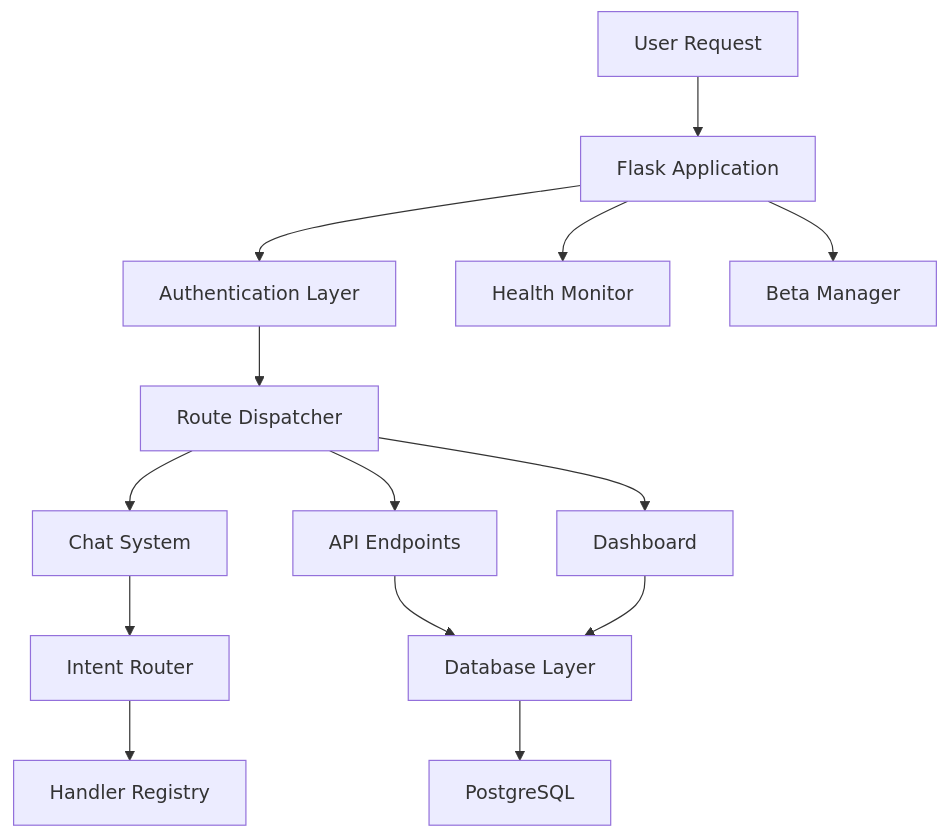
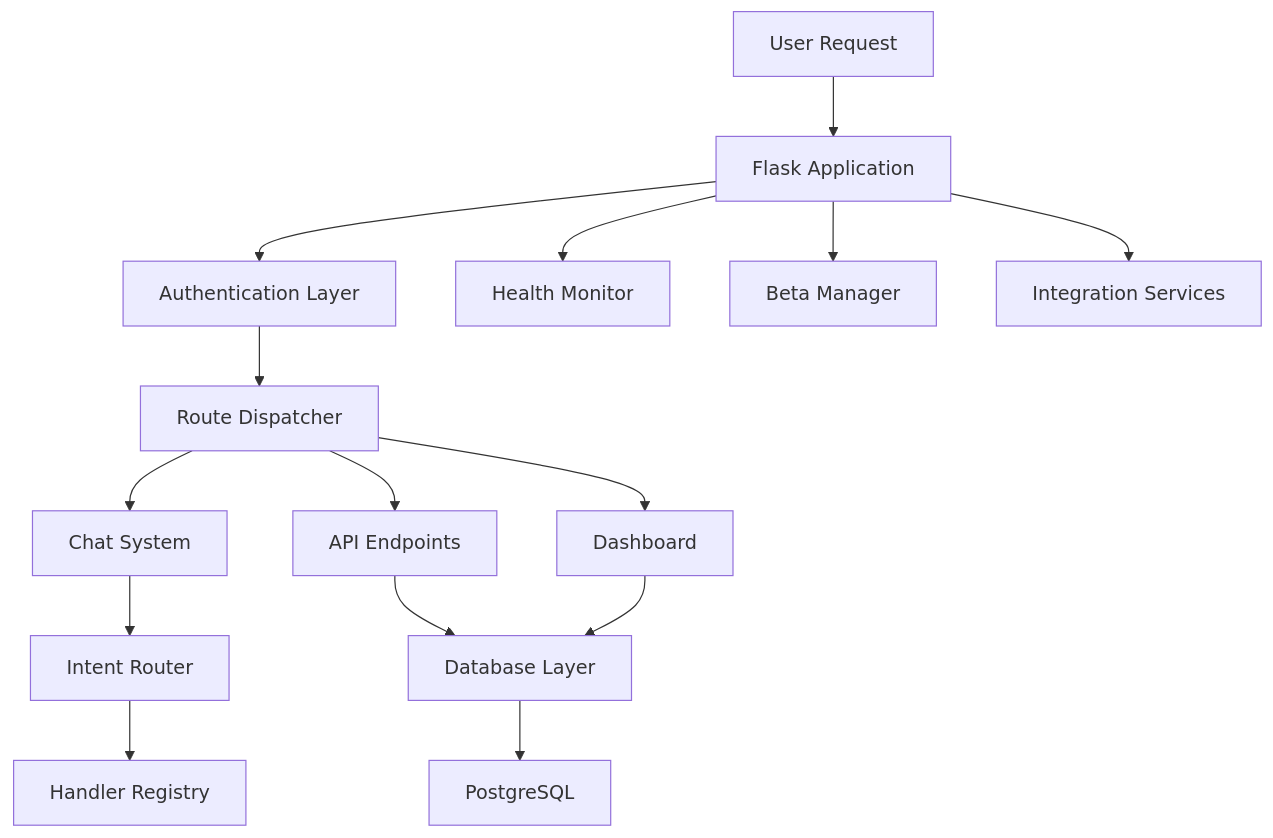
One commit to ntoledo319/NousIntelligence changed the first of 2 diagrams in docs/executive_board_report_2025-06-27.md. Above: the diagram before and after it, drawn with Mermaid. The commit also changed other lines of this file and 3 other files, not shown here.

````diff
--- a/docs/executive_board_report_2025-06-27.md
+++ b/docs/executive_board_report_2025-06-27.md
@@ -85,16 +407,17 @@
 ```mermaid
 graph TB
     A[User Request] --> B[Flask Application]
     B --> C[Authentication Layer]
     C --> D[Route Dispatcher]
     D --> E[Chat System]
     D --> F[API Endpoints]
     D --> G[Dashboard]
     E --> H[Intent Router]
     H --> I[Handler Registry]
     F --> J[Database Layer]
     G --> J
     J --> K[PostgreSQL]
     B --> L[Health Monitor]
     B --> M[Beta Manager]
+    B --> N[Integration Services]
 ```
````
